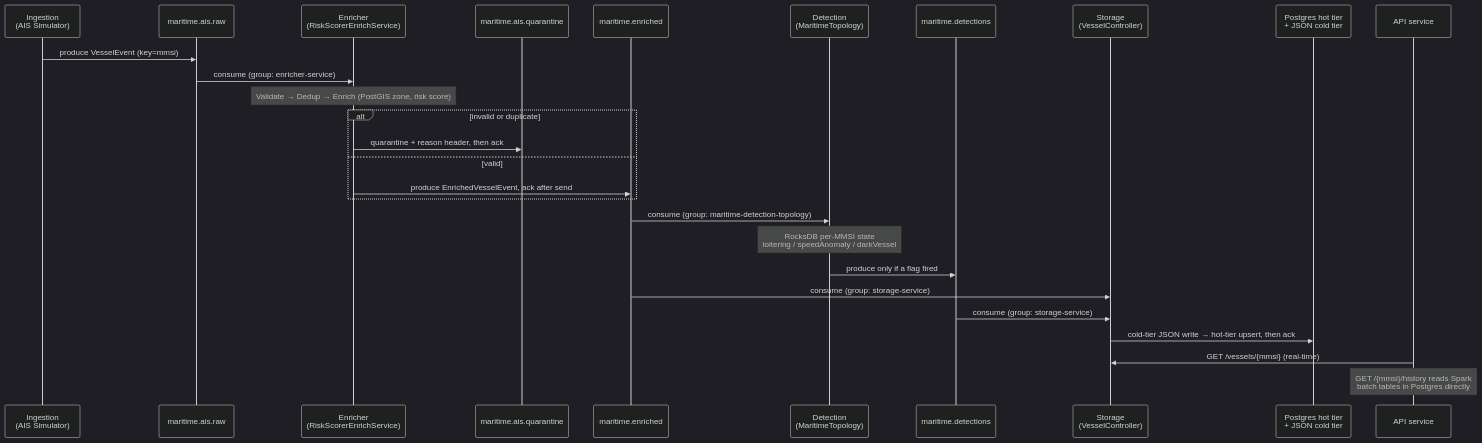
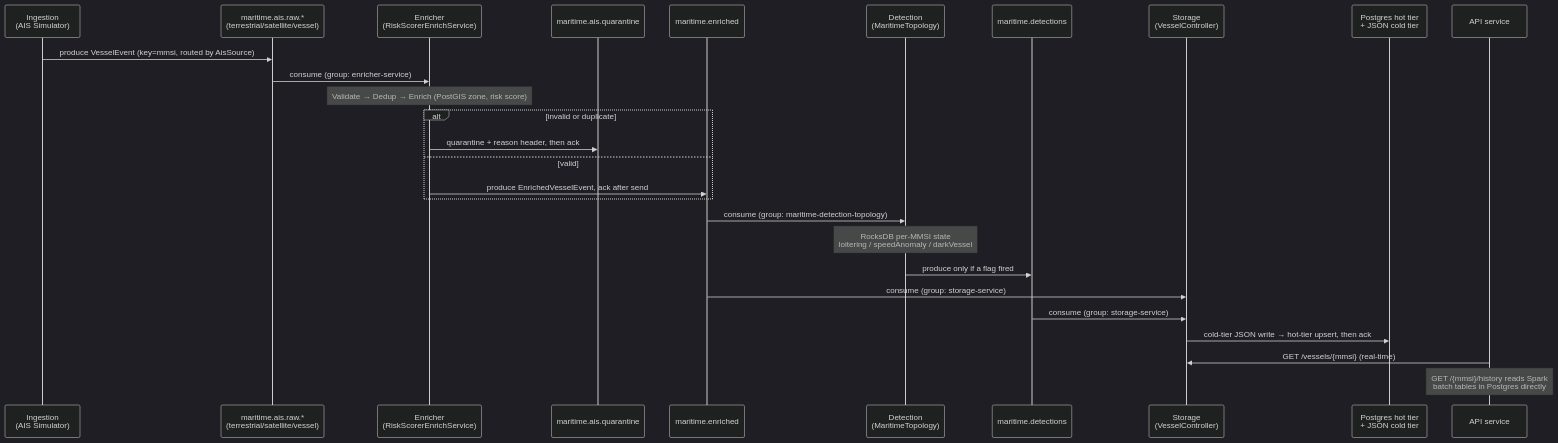
Before and after one commit to IgorGorchakov/maritime-ingestion-system: the diagram in README.md, drawn with Mermaid (dark theme). The commit also changed other lines of this file and 8 other files, not shown here.

````diff
--- a/README.md
+++ b/README.md
@@ -205,33 +207,33 @@
 ```mermaid
 sequenceDiagram
     participant SIM as Ingestion<br/>(AIS Simulator)
-    participant RAW as maritime.ais.raw
+    participant RAW as maritime.ais.raw.*<br/>(terrestrial/satellite/vessel)
     participant RSS as Enricher<br/>(RiskScorerEnrichService)
     participant Q as maritime.ais.quarantine
     participant ENR as maritime.enriched
     participant TOP as Detection<br/>(MaritimeTopology)
     participant DET as maritime.detections
     participant STO as Storage<br/>(VesselController)
     participant DB as Postgres hot tier<br/>+ JSON cold tier
     participant GW as API service
 
-    SIM->>RAW: produce VesselEvent (key=mmsi)
+    SIM->>RAW: produce VesselEvent (key=mmsi, routed by AisSource)
     RAW->>RSS: consume (group: enricher-service)
     Note over RSS: Validate → Dedup → Enrich (PostGIS zone, risk score)
     alt invalid or duplicate
         RSS->>Q: quarantine + reason header, then ack
     else valid
         RSS->>ENR: produce EnrichedVesselEvent, ack after send
     end
 
     ENR->>TOP: consume (group: maritime-detection-topology)
     Note over TOP: RocksDB per-MMSI state<br/>loitering / speedAnomaly / darkVessel
     TOP->>DET: produce only if a flag fired
 
     ENR->>STO: consume (group: storage-service)
     DET->>STO: consume (group: storage-service)
     STO->>DB: cold-tier JSON write → hot-tier upsert, then ack
 
     GW->>STO: GET /vessels/{mmsi} (real-time)
     Note over GW: GET /{mmsi}/history reads Spark<br/>batch tables in Postgres directly
 ```
````
